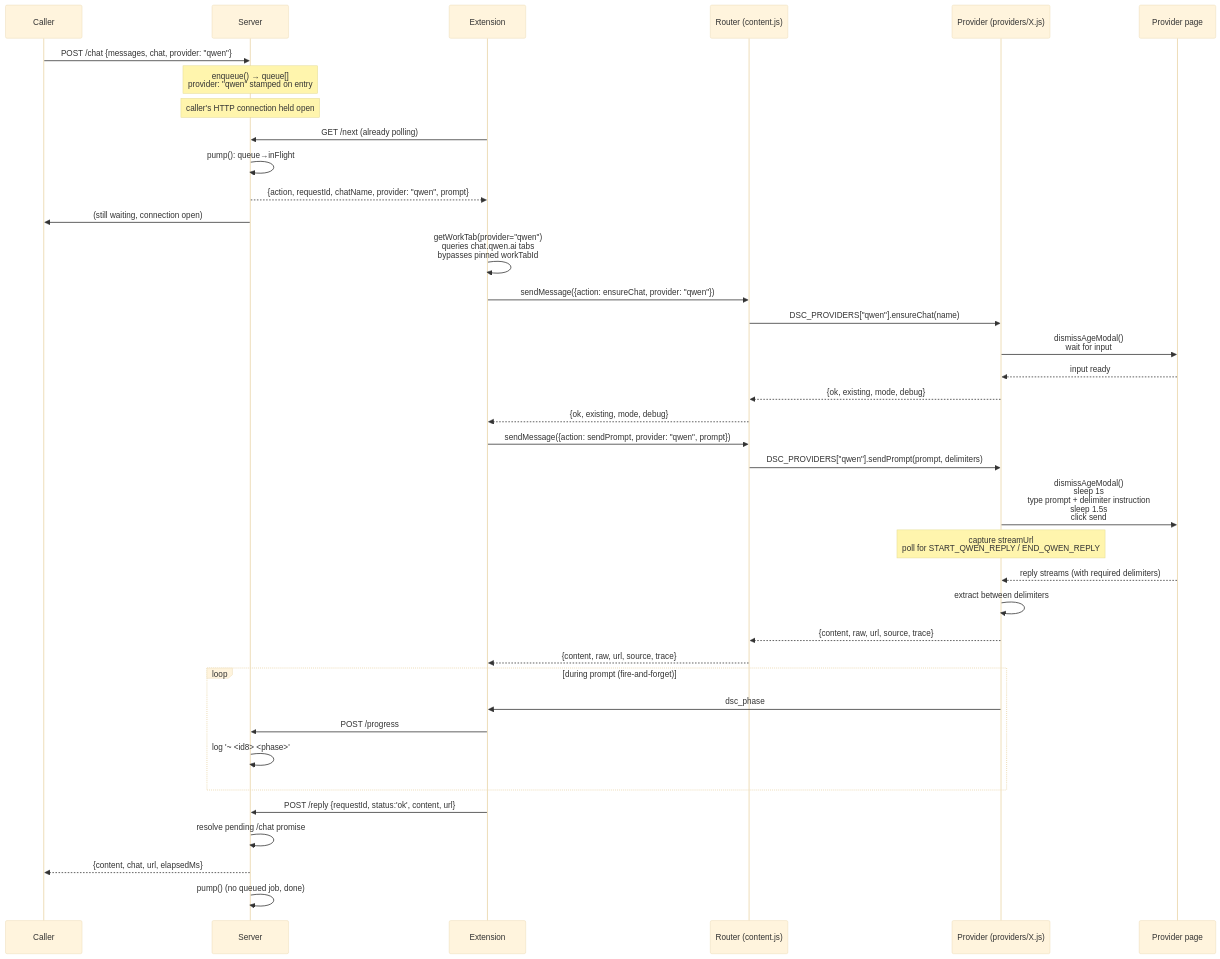
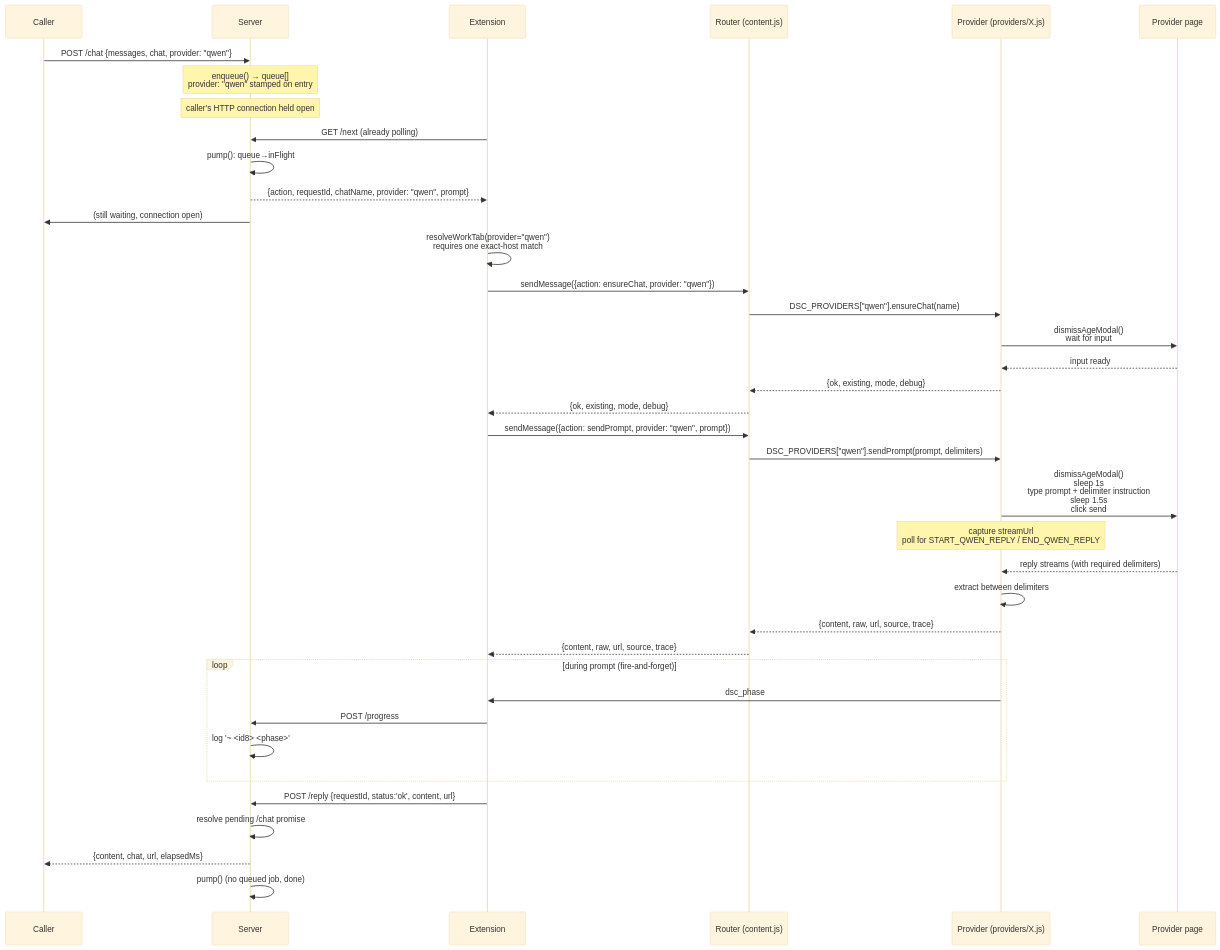
The second of 2 diagrams in docs/architecture.md (pulchowk-events/deepseek-connect), drawn with Mermaid (base theme) before and after one commit. The commit also changed other lines of this file and 19 other files, not shown here.

````diff
--- a/docs/architecture.md
+++ b/docs/architecture.md
@@ -71,46 +73,46 @@
 ```mermaid
 sequenceDiagram
     participant C as Caller
     participant S as Server
     participant E as Extension
     participant R as Router (content.js)
     participant P as Provider (providers/X.js)
     participant D as Provider page
 
     C->>S: POST /chat {messages, chat, provider: "qwen"}
     Note over S: enqueue() → queue[]<br/>provider: "qwen" stamped on entry
     Note over S: caller's HTTP connection held open
 
     E->>S: GET /next (already polling)
     S->>S: pump(): queue→inFlight
     S-->>E: {action, requestId, chatName, provider: "qwen", prompt}
     S->>C: (still waiting, connection open)
 
-    E->>E: getWorkTab(provider="qwen")<br/>queries chat.qwen.ai tabs<br/>bypasses pinned workTabId
+    E->>E: resolveWorkTab(provider="qwen")<br/>requires one exact-host match
     E->>R: sendMessage({action: ensureChat, provider: "qwen"})
     R->>P: DSC_PROVIDERS["qwen"].ensureChat(name)
     P->>D: dismissAgeModal()<br/>wait for input
     D-->>P: input ready
     P-->>R: {ok, existing, mode, debug}
     R-->>E: {ok, existing, mode, debug}
 
     E->>R: sendMessage({action: sendPrompt, provider: "qwen", prompt})
     R->>P: DSC_PROVIDERS["qwen"].sendPrompt(prompt, delimiters)
     P->>D: dismissAgeModal()<br/>sleep 1s<br/>type prompt + delimiter instruction<br/>sleep 1.5s<br/>click send
     Note over P: capture streamUrl<br/>poll for START_QWEN_REPLY / END_QWEN_REPLY
     D-->>P: reply streams (with required delimiters)
     P->>P: extract between delimiters
     P-->>R: {content, raw, url, source, trace}
     R-->>E: {content, raw, url, source, trace}
 
     loop during prompt (fire-and-forget)
         P->>E: dsc_phase
         E->>S: POST /progress
         S->>S: log '~ <id8> <phase>'
     end
 
     E->>S: POST /reply {requestId, status:'ok', content, url}
     S->>S: resolve pending /chat promise
     S-->>C: {content, chat, url, elapsedMs}
     S->>S: pump() (no queued job, done)
 ```
````
